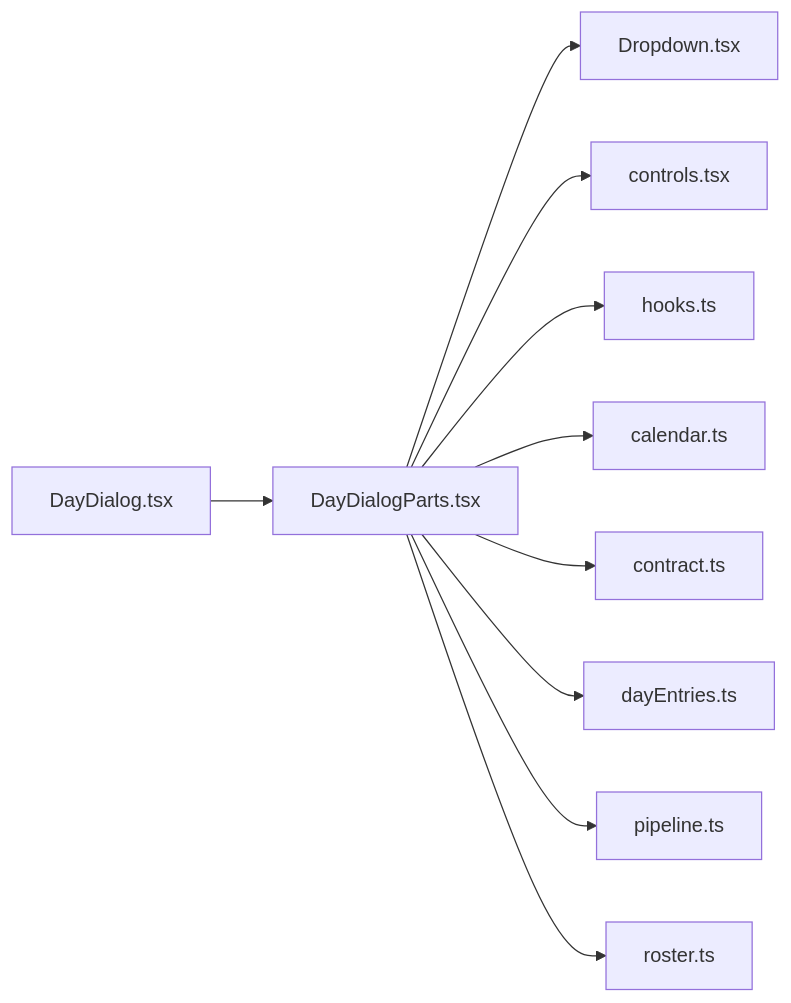
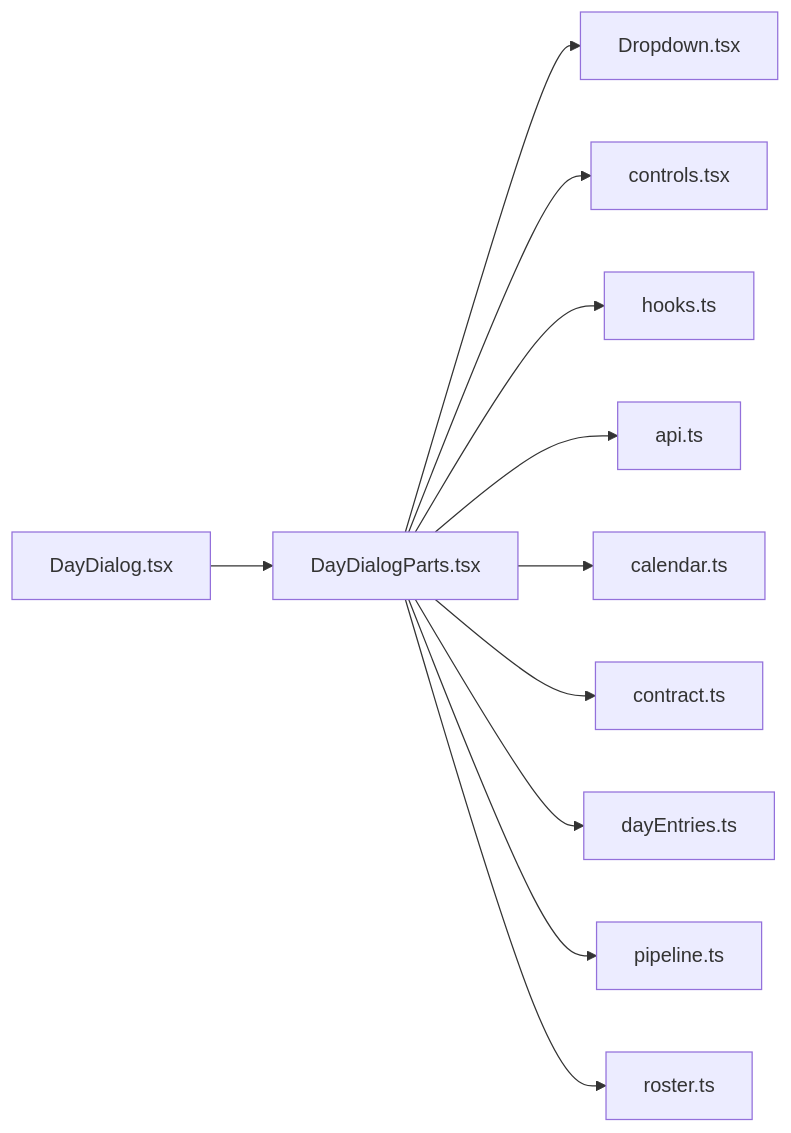
The diagram in .cluedoc/graph/frontend/src/routes/DayDialogParts.md (minkong-dev/Banblit), drawn with Mermaid before and after one commit. The commit also changed other lines of this file and 60 other files, not shown here.

````diff
--- a/.cluedoc/graph/frontend/src/routes/DayDialogParts.md
+++ b/.cluedoc/graph/frontend/src/routes/DayDialogParts.md
@@ -10,13 +10,14 @@
 ```mermaid
 flowchart LR
   frontend_src_routes_DayDialogParts["DayDialogParts.tsx"]
   frontend_src_routes_DayDialogParts --> frontend_src_components_Dropdown["Dropdown.tsx"]
   frontend_src_routes_DayDialogParts --> frontend_src_components_controls["controls.tsx"]
   frontend_src_routes_DayDialogParts --> frontend_src_components_hooks["hooks.ts"]
+  frontend_src_routes_DayDialogParts --> frontend_src_lib_api["api.ts"]
   frontend_src_routes_DayDialogParts --> frontend_src_lib_calendar["calendar.ts"]
   frontend_src_routes_DayDialogParts --> frontend_src_lib_contract["contract.ts"]
   frontend_src_routes_DayDialogParts --> frontend_src_lib_dayEntries["dayEntries.ts"]
   frontend_src_routes_DayDialogParts --> frontend_src_lib_pipeline["pipeline.ts"]
   frontend_src_routes_DayDialogParts --> frontend_src_lib_roster["roster.ts"]
   frontend_src_routes_DayDialog["DayDialog.tsx"] --> frontend_src_routes_DayDialogParts
 ```
````
